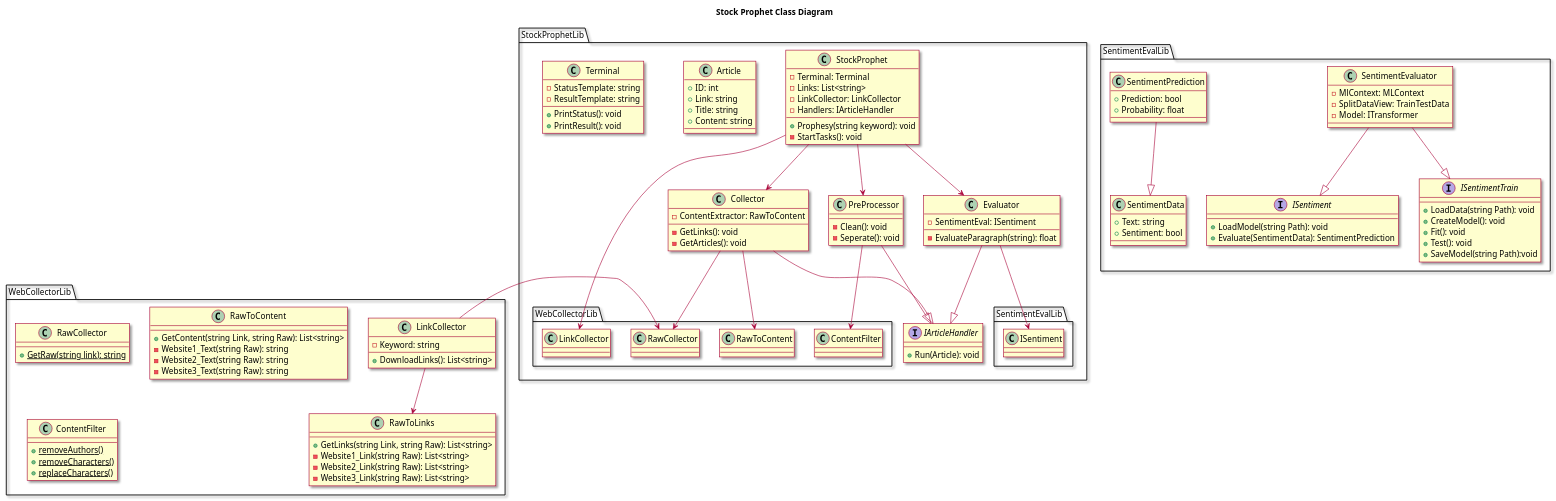
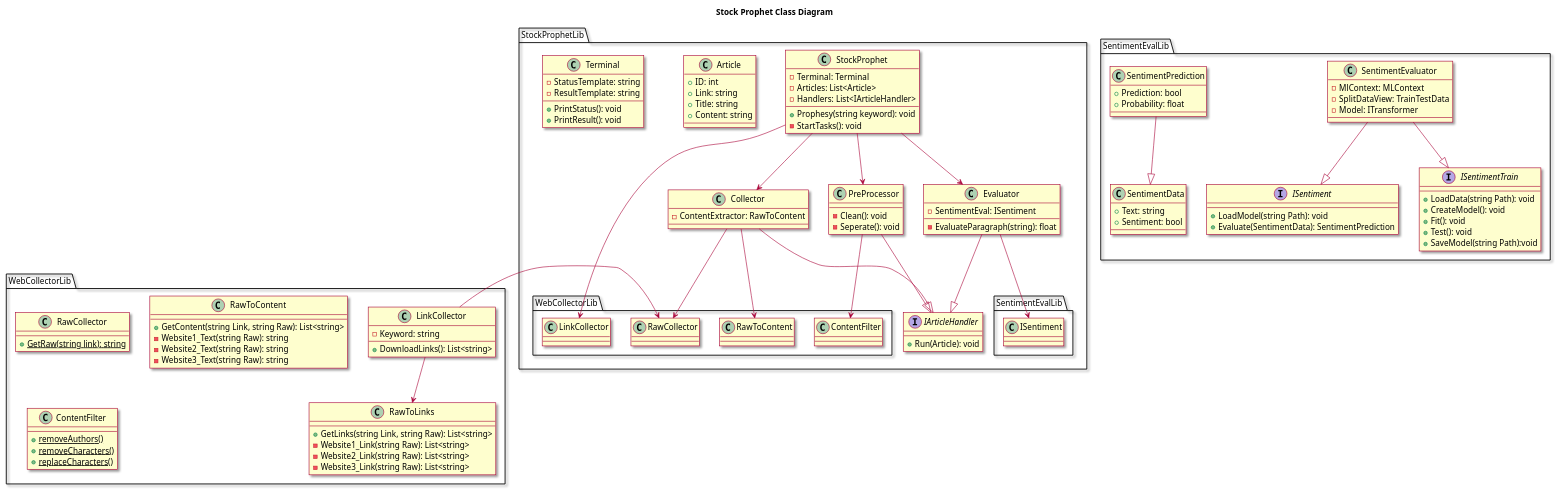
The diagram in doc/classDiagram.plantuml (Ifi-Softwareentwicklung-SoSe2023/TUBAF_SE-Project_StockProphet), drawn with PlantUML before and after one commit. The commit also changed 2 other files, not shown here.

Commit message:
Remove LinkCollector as member of StockProphet (#6)

```diff
--- a/doc/classDiagram.plantuml
+++ b/doc/classDiagram.plantuml
@@ -1,147 +1,144 @@
 @startuml Project Model Class Diagram
 
 skin rose
 
 title Stock Prophet Class Diagram
 
 
 package StockProphetLib {
 
     class StockProphet {
         -Terminal: Terminal
-        -Links: List<string>
-        -LinkCollector: LinkCollector
-        -Handlers: IArticleHandler
+        -Articles: List<Article>
+        -Handlers: List<IArticleHandler>
         +Prophesy(string keyword): void
         -StartTasks(): void
     }
     StockProphet --> WebCollectorLib.LinkCollector
     StockProphet --> Collector
     StockProphet --> PreProcessor
     StockProphet --> Evaluator
     
 
     interface IArticleHandler {
         +Run(Article): void
     }
 
 
     class Collector {
         -ContentExtractor: RawToContent
-        -GetLinks(): void
-        -GetArticles(): void
     }
     Collector --|> IArticleHandler
     Collector --> WebCollectorLib.RawCollector
     Collector --> WebCollectorLib.RawToContent
     
 
     class PreProcessor {
         -Clean(): void
         -Seperate(): void
     }
     PreProcessor --|> IArticleHandler
     PreProcessor --> WebCollectorLib.ContentFilter
 
 
     class Evaluator {
         -SentimentEval: ISentiment
         -EvaluateParagraph(string): float
     }
     Evaluator --|> IArticleHandler
     Evaluator --> SentimentEvalLib.ISentiment
 
 
     class Article {
         +ID: int
         +Link: string
         +Title: string
         +Content: string
     }
 
 
     class Terminal {
         -StatusTemplate: string
         +PrintStatus(): void
         -ResultTemplate: string
         +PrintResult(): void
     }
 }
 
 
 package WebCollectorLib 
 {
     class LinkCollector {
         -Keyword: string
         +DownloadLinks(): List<string>
     }
     LinkCollector -down-> RawToLinks
     LinkCollector -right-> RawCollector
 
 
     class RawCollector {
         {static} +GetRaw(string link): string
     }
 
 
     class RawToLinks {
         +GetLinks(string Link, string Raw): List<string>
         -Website1_Link(string Raw): List<string>
         -Website2_Link(string Raw): List<string>
         -Website3_Link(string Raw): List<string>
     }
    
 
     class RawToContent {
         +GetContent(string Link, string Raw): List<string>
         -Website1_Text(string Raw): string
         -Website2_Text(string Raw): string
         -Website3_Text(string Raw): string
     }
 
 
     class ContentFilter {
         {static} +removeAuthors()
         {static} +removeCharacters()
         {static} +replaceCharacters()
     }
 }
 
 
 package SentimentEvalLib 
 {
     interface ISentiment {
         +LoadModel(string Path): void
         +Evaluate(SentimentData): SentimentPrediction
     }
 
     interface ISentimentTrain {
         +LoadData(string Path): void
         +CreateModel(): void
         +Fit(): void
         +Test(): void
         +SaveModel(string Path):void
     }
     
     class SentimentEvaluator {
         -MlContext: MLContext
         -SplitDataView: TrainTestData
         -Model: ITransformer
     }
     SentimentEvaluator --|> ISentiment
     SentimentEvaluator --|> ISentimentTrain
 
     class SentimentData {
         +Text: string
         +Sentiment: bool
     }
 
     class SentimentPrediction {
         +Prediction: bool
         +Probability: float
     }
     SentimentPrediction --|> SentimentData
 }
 
 
 @enduml
```
